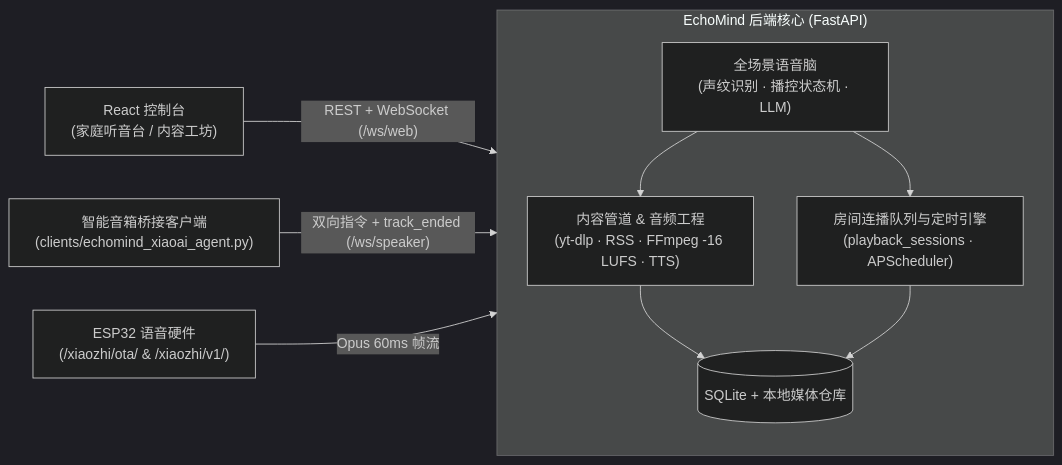
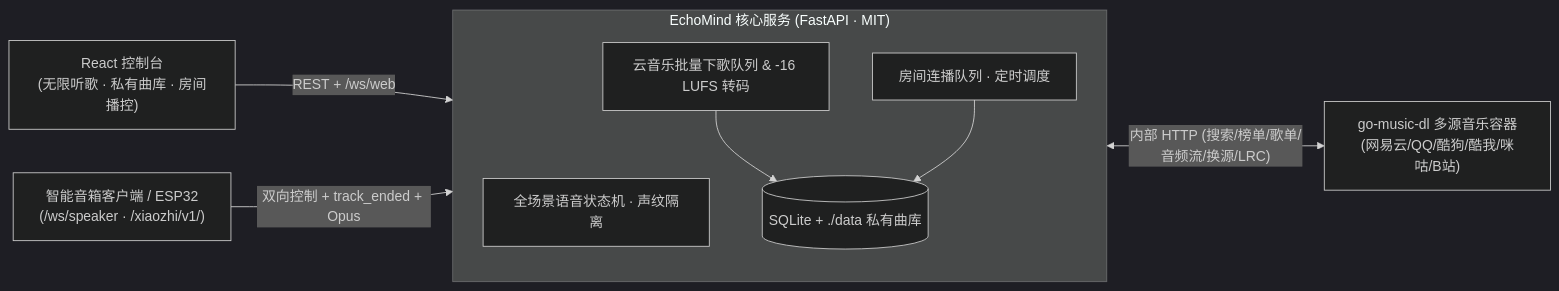
One commit to lysforge/echomind changed the diagram in README.md. Above: the diagram before and after it, drawn with Mermaid (dark theme). The commit also changed other lines of this file and 17 other files, not shown here.

Commit message:
feat: integrate go-music-dl companion engine and shift focus to full-family cloud music hub

````diff
--- a/README.md
+++ b/README.md
@@ -56,18 +52,16 @@
 ```mermaid
 flowchart LR
-  Web["React 控制台<br/>(家庭听音台 / 内容工坊)"] -- "REST + WebSocket (/ws/web)" --> Server
-  Speaker["智能音箱桥接客户端<br/>(clients/echomind_xiaoai_agent.py)"] -- "双向指令 + track_ended (/ws/speaker)" --> Server
-  ESP32["ESP32 语音硬件<br/>(/xiaozhi/ota/ & /xiaozhi/v1/)"] -- "Opus 60ms 帧流" --> Server
+  Web["React 控制台<br/>(无限听歌 · 私有曲库 · 房间播控)"] -- "REST + /ws/web" --> Core
+  Speaker["智能音箱客户端 / ESP32<br/>(/ws/speaker · /xiaozhi/v1/)"] -- "双向控制 + track_ended + Opus" --> Core
 
-  subgraph Server["EchoMind 后端核心 (FastAPI)"]
-    Brain["全场景语音脑<br/>(声纹识别 · 播控状态机 · LLM)"]
-    Queue["房间连播队列与定时引擎<br/>(playback_sessions · APScheduler)"]
-    Ingest["内容管道 & 音频工程<br/>(yt-dlp · RSS · FFmpeg -16 LUFS · TTS)"]
-    DB[("SQLite + 本地媒体仓库")]
+  subgraph Core["EchoMind 核心服务 (FastAPI · MIT)"]
+    Brain["全场景语音状态机 · 声纹隔离"]
+    Queue["房间连播队列 · 定时调度"]
+    CloudMgr["云音乐批量下歌队列 & -16 LUFS 转码"]
+    DB[("SQLite + ./data 私有曲库")]
   end
 
-  Brain --> Queue
-  Brain --> Ingest
-  Ingest --> DB
+  Core <-- "内部 HTTP (搜索/榜单/歌单/音频流/换源/LRC)" --> GMD["go-music-dl 多源音乐容器<br/>(网易云/QQ/酷狗/酷我/咪咕/B站)"]
+  CloudMgr --> DB
   Queue --> DB
 ```
````
